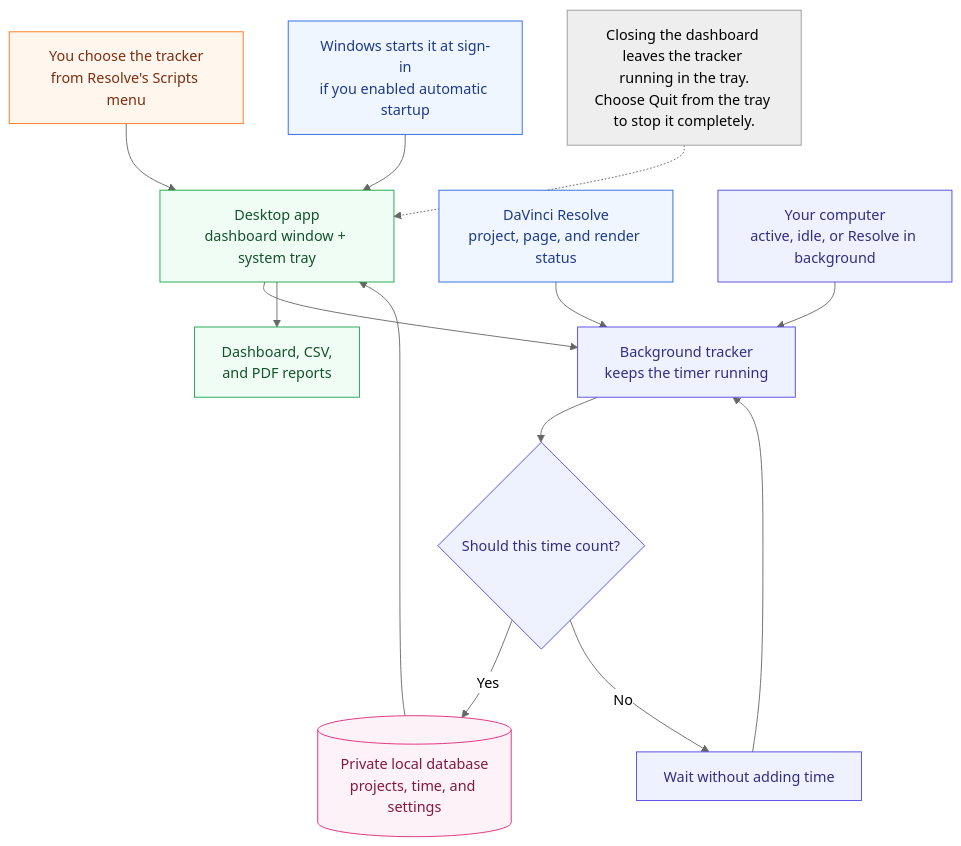
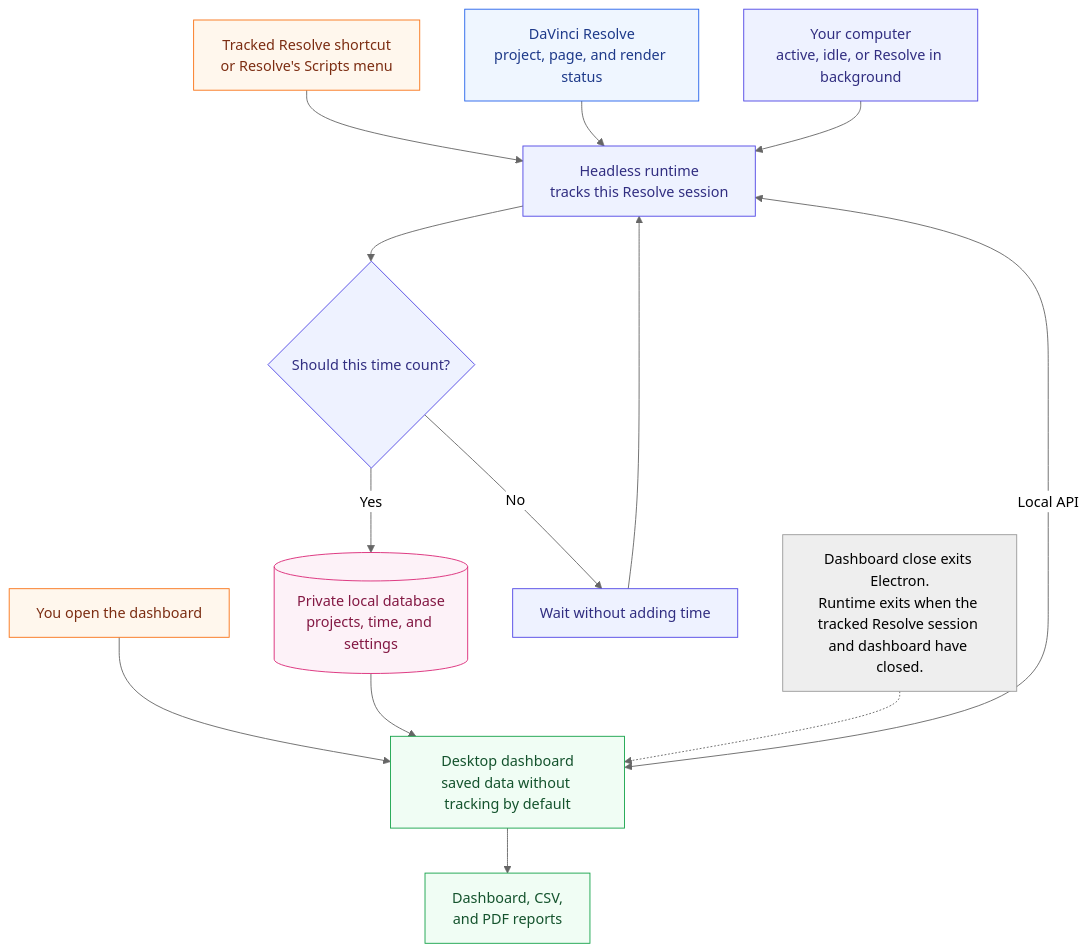
Before and after one commit to Today20092/Davinci-Resolve-TimeTracker: the first of 2 diagrams in README.md, drawn with Mermaid (neutral theme). The commit also changed other lines of this file and 36 other files, not shown here.

````diff
--- a/README.md
+++ b/README.md
@@ -200,31 +200,31 @@
 ```mermaid
 flowchart TD
-  Menu["You choose the tracker<br/>from Resolve's Scripts menu"] --> App["Desktop app<br/>dashboard window + system tray"]
-  Login["Windows starts it at sign-in<br/>if you enabled automatic startup"] --> App
-  App --> Tracker["Background tracker<br/>keeps the timer running"]
+  Menu["Tracked Resolve shortcut<br/>or Resolve's Scripts menu"] --> Tracker["Headless runtime<br/>tracks this Resolve session"]
+  Dashboard["You open the dashboard"] --> App["Desktop dashboard<br/>saved data without tracking by default"]
+  App <-->|Local API| Tracker
 
   Resolve["DaVinci Resolve<br/>project, page, and render status"] --> Tracker
   Activity["Your computer<br/>active, idle, or Resolve in background"] --> Tracker
 
   Tracker --> Decision{"Should this time count?"}
   Decision -->|Yes| Database[("Private local database<br/>projects, time, and settings")]
   Decision -->|No| Wait["Wait without adding time"]
   Wait --> Tracker
 
   Database --> App
   App --> Reports["Dashboard, CSV,<br/>and PDF reports"]
 
-  Note["Closing the dashboard leaves the tracker running in the tray.<br/>Choose Quit from the tray to stop it completely."] -.-> App
+  Note["Dashboard close exits Electron.<br/>Runtime exits when the tracked Resolve session and dashboard have closed."] -.-> App
 
   classDef user fill:#fff7ed,stroke:#f97316,color:#7c2d12
   classDef resolve fill:#eff6ff,stroke:#2563eb,color:#1e3a8a
   classDef desktop fill:#f0fdf4,stroke:#16a34a,color:#14532d
   classDef backend fill:#eef2ff,stroke:#4f46e5,color:#312e81
   classDef data fill:#fdf2f8,stroke:#db2777,color:#831843
 
-  class Menu user
-  class Login,Resolve resolve
+  class Menu,Dashboard user
+  class Resolve resolve
   class App,Reports desktop
   class Tracker,Decision,Activity,Wait backend
   class Database data
 ```
````
